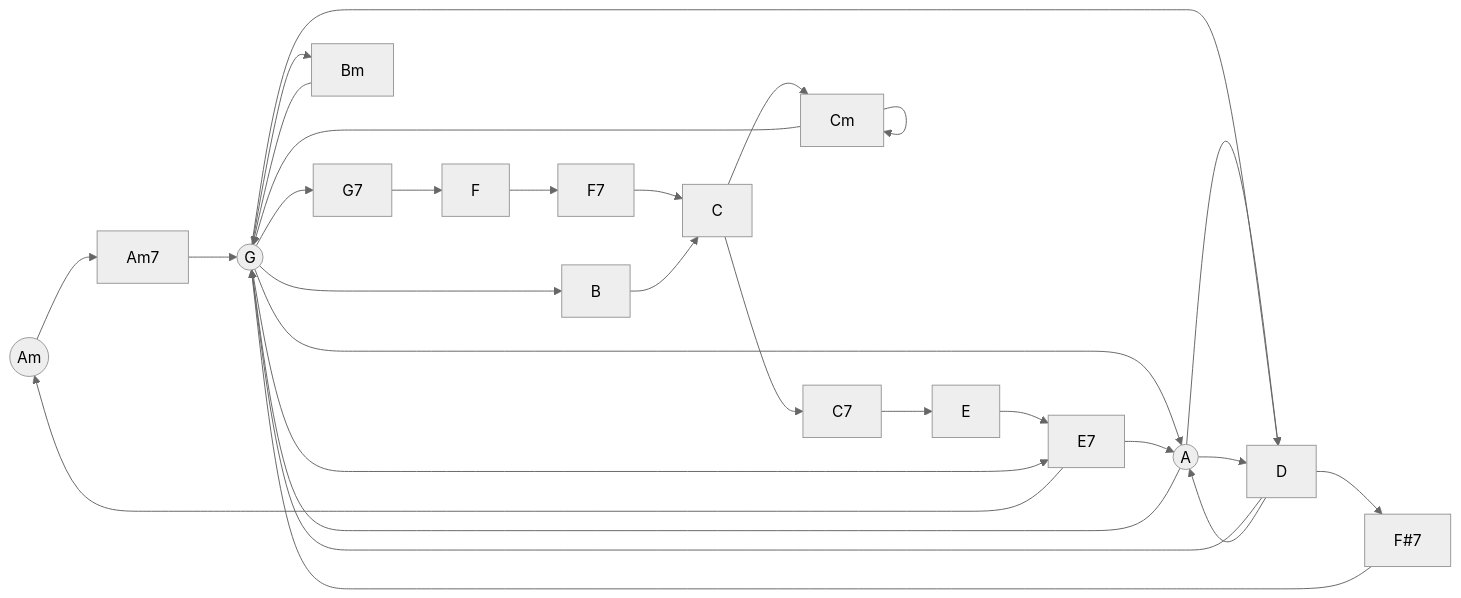
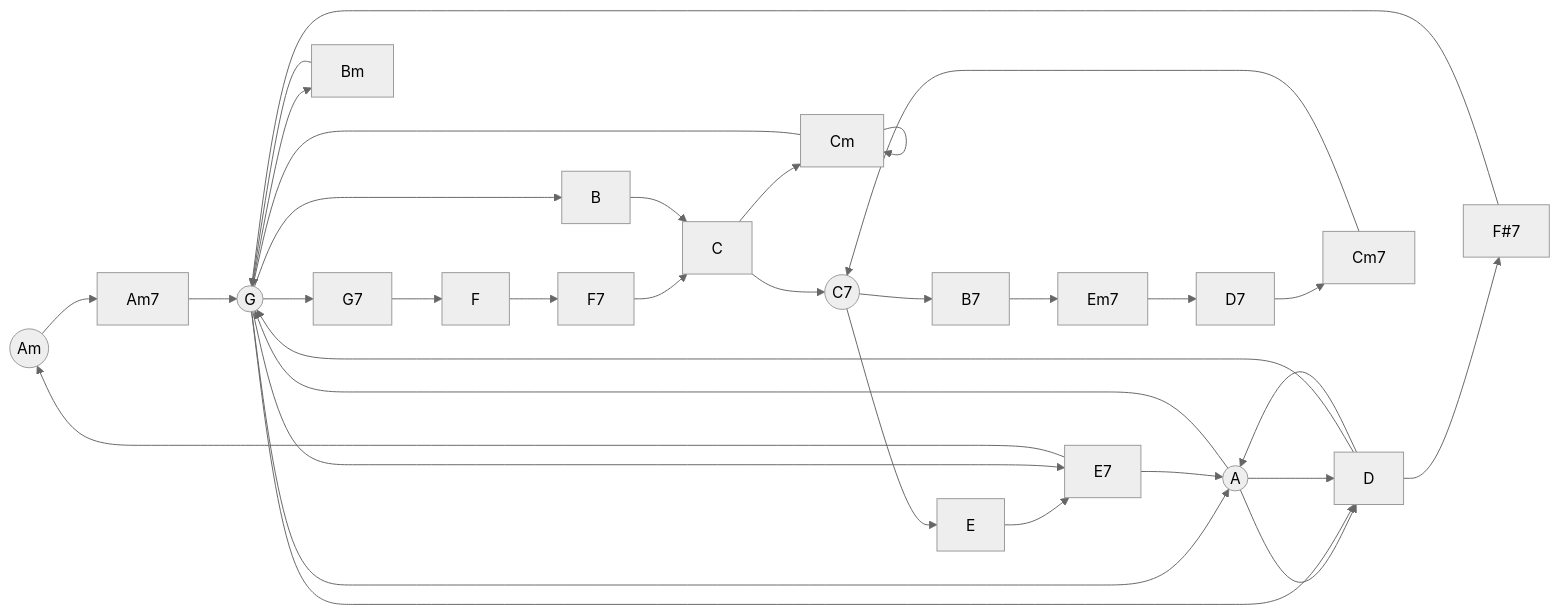
The diagram in README.md (sedwardsmarsh/favorite-chords), drawn with Mermaid (neutral theme) before and after one commit. The commit also changed other lines of this file, not shown here.

Commit message:
added Sams's Riff 1

````diff
--- a/README.md
+++ b/README.md
@@ -11,38 +12,45 @@
 ```mermaid
-flowchart LR;
+graph LR;
     %% All starting chords will have a circle shape
 
     %% Jack Johnson - Sitting Waiting Wishing
     Am((Am))-->Am7
     Am7-->G
     G-->G7
     G7-->F
     F-->F7
     F7-->C
     C-->C7
     C7-->E
     E-->E7
     E7-->Am
     
     %% Ashley Eriksson - Island Song
     A((A))-->D
     D-->G
     G-->Bm
     D-->A
     A-->G
     Bm-->G
     G-->D
     G-->A
     A-->D
     D-->F#7
     F#7-->G
     G-->E7
     E7-->A
 
     %% Radiohead - Creep
     G((G))-->B
     B-->C
     C-->Cm
     Cm-->Cm
     Cm-->G
+
+    %% Sam's Riff 1
+    C7((C7))-->B7
+    B7-->Em7
+    Em7-->D7
+    D7-->Cm7
+    Cm7-->C7
 ```
````
